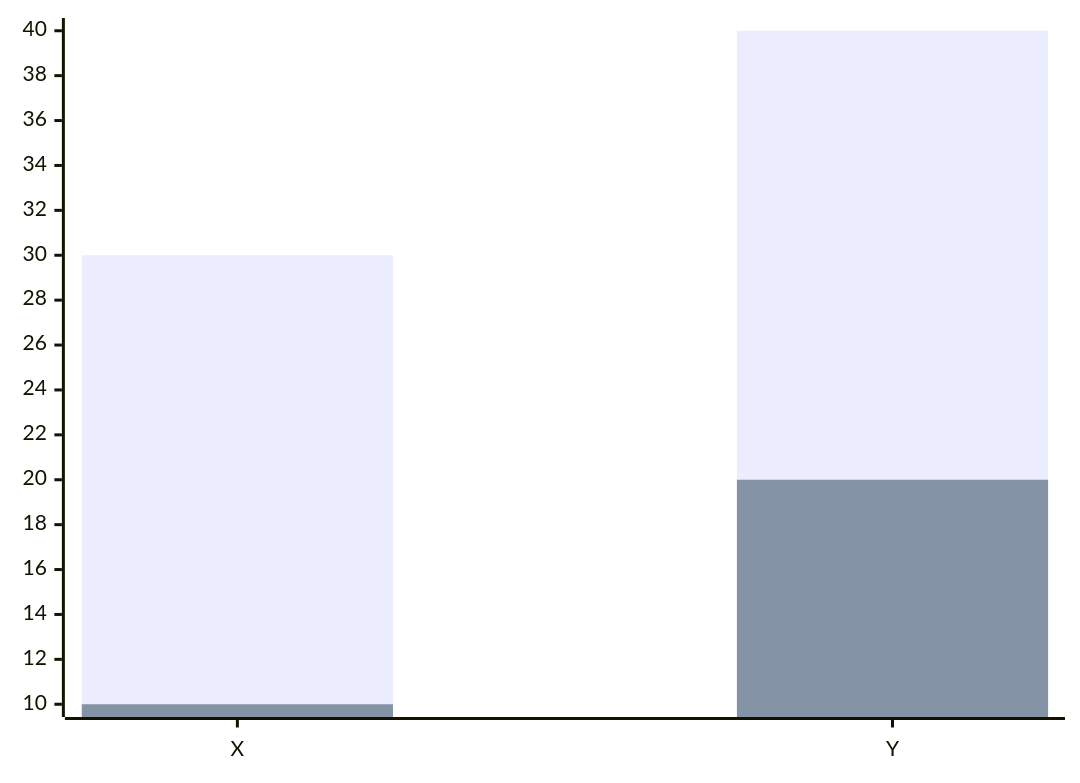
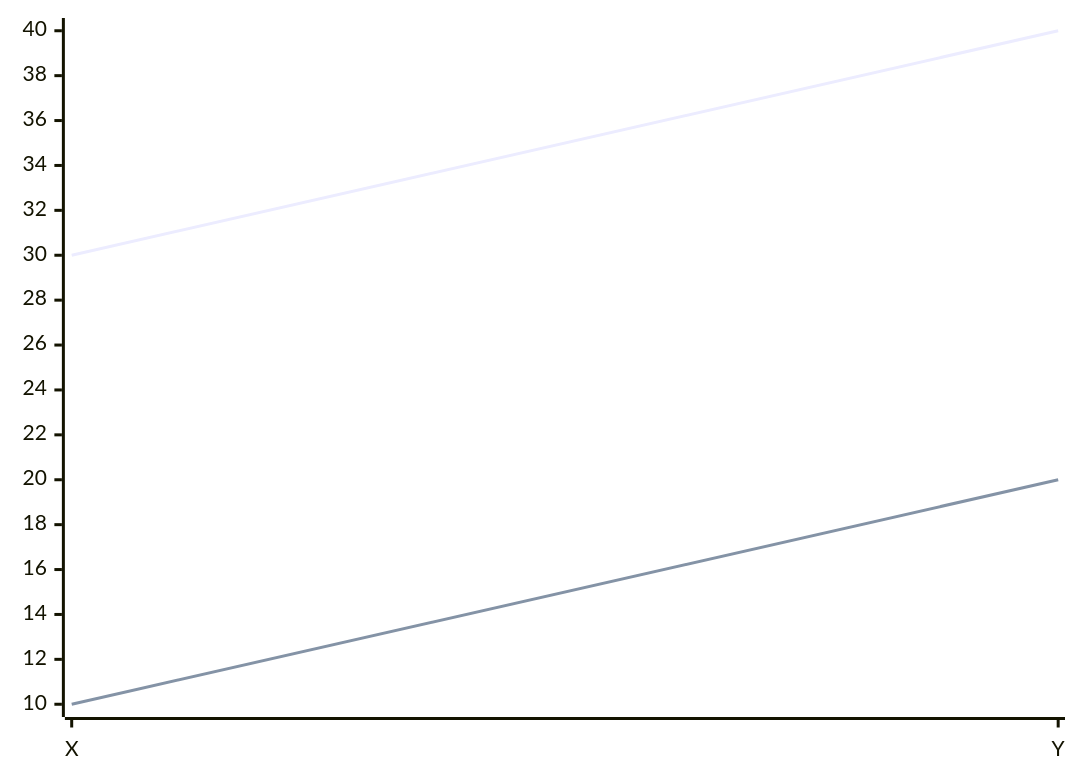
One commit to Excidion/seanymph changed the diagram in docs/tests/TestHue/test_hue_order.md. Above: the diagram before and after it, drawn with Mermaid. The commit also changed 11 other files, not shown here.

````diff
--- a/docs/tests/TestHue/test_hue_order.md
+++ b/docs/tests/TestHue/test_hue_order.md
@@ -1,6 +1,6 @@
 ```mermaid
 xychart-beta
     x-axis [X, Y]
-    bar [30, 40]
-    bar [10, 20]
+    line [30, 40]
+    line [10, 20]
 ```
````
